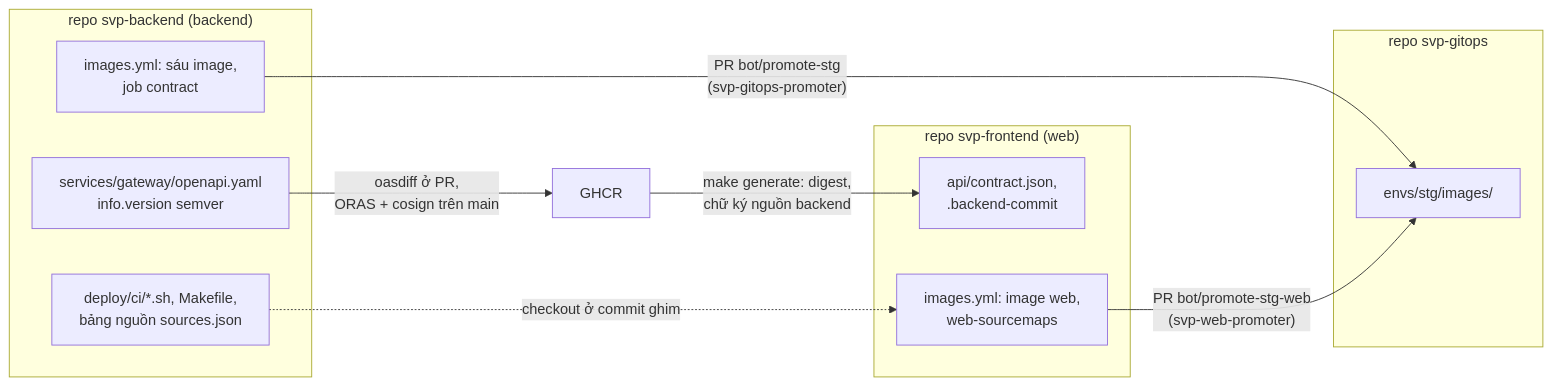
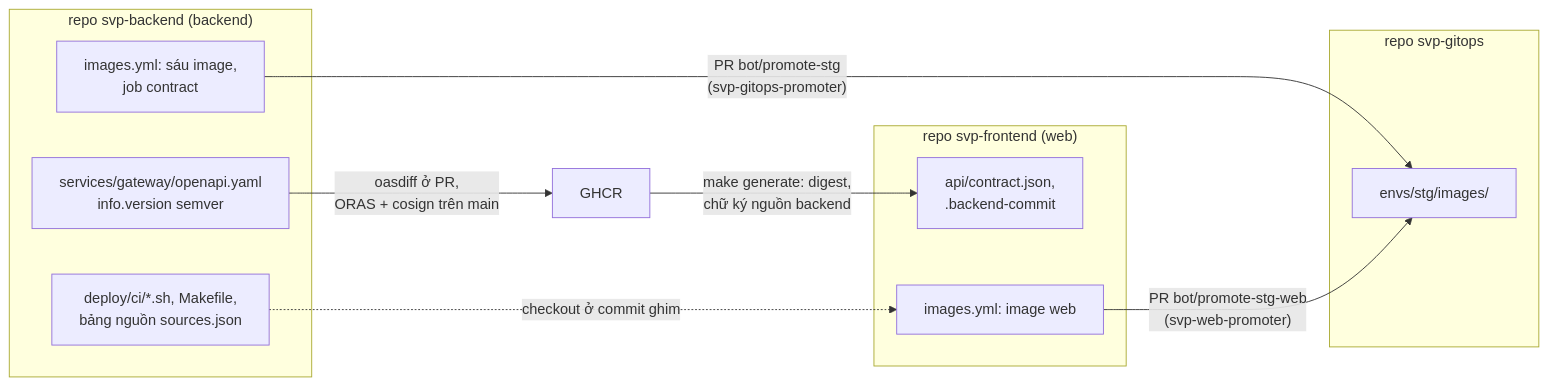
The seventh of 11 diagrams in docs/architecture.md (anhnvcoder/svp-backend), drawn with Mermaid before and after one commit. The commit also changed other lines of this file and 112 other files, not shown here.

````diff
--- a/docs/architecture.md
+++ b/docs/architecture.md
@@ -648,21 +649,21 @@
 ```mermaid
 flowchart LR
     subgraph be["repo svp-backend (backend)"]
         spec["services/gateway/openapi.yaml<br/>info.version semver"]
         beimg["images.yml: sáu image,<br/>job contract"]
         ci["deploy/ci/*.sh, Makefile,<br/>bảng nguồn sources.json"]
     end
     subgraph fe["repo svp-frontend (web)"]
         pin["api/contract.json,<br/>.backend-commit"]
-        feimg["images.yml: image web,<br/>web-sourcemaps"]
+        feimg["images.yml: image web"]
     end
     subgraph cfg["repo svp-gitops"]
         stg["envs/stg/images/"]
     end
     ghcr["GHCR"]
     spec -->|"oasdiff ở PR,<br/>ORAS + cosign trên main"| ghcr
     ghcr -->|"make generate: digest,<br/>chữ ký nguồn backend"| pin
     ci -.->|"checkout ở commit ghim"| feimg
     beimg -->|"PR bot/promote-stg<br/>(svp-gitops-promoter)"| stg
     feimg -->|"PR bot/promote-stg-web<br/>(svp-web-promoter)"| stg
 ```
````
